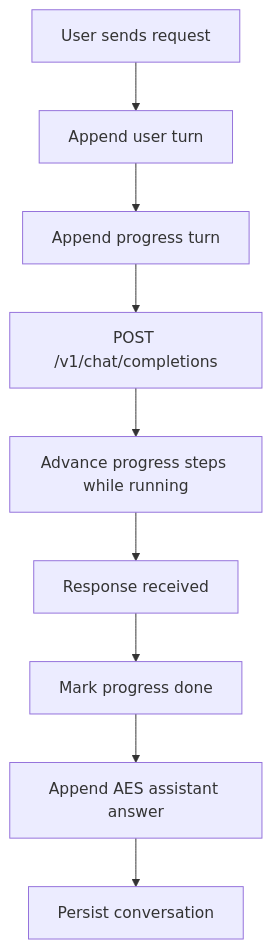
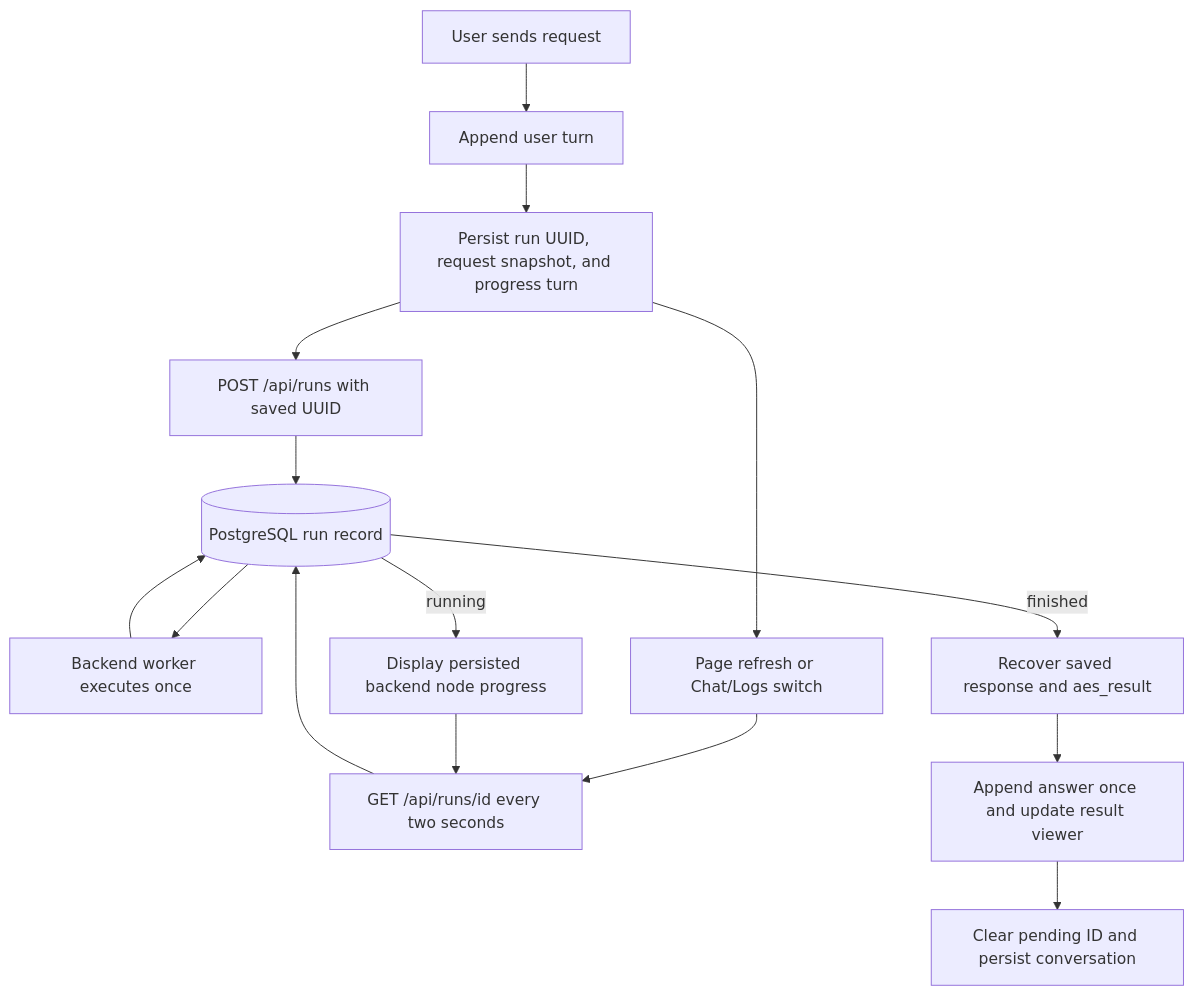
One commit to RadmirG/AES changed the fifth of 10 diagrams in web-ui/architecture.md. Above: the diagram before and after it, drawn with Mermaid. The commit also changed other lines of this file and 23 other files, not shown here.

Commit message:
New recovery flow after browser refresh

````diff
--- a/web-ui/architecture.md
+++ b/web-ui/architecture.md
@@ -148,11 +150,17 @@
 ```mermaid
 flowchart TD
     A["User sends request"] --> B["Append user turn"]
-    B --> C["Append progress turn"]
-    C --> D["POST /v1/chat/completions"]
-    D --> E["Advance progress steps while running"]
-    E --> F["Response received"]
-    F --> G["Mark progress done"]
-    G --> H["Append AES assistant answer"]
-    H --> I["Persist conversation"]
+    B --> C["Persist run UUID, request snapshot, and progress turn"]
+    C --> D["POST /api/runs with saved UUID"]
+    D --> Q[("PostgreSQL run record")]
+    Q --> W["Backend worker executes once"]
+    W --> Q
+    C --> R["Page refresh or Chat/Logs switch"]
+    R --> P["GET /api/runs/id every two seconds"]
+    P --> Q
+    Q -->|running| E["Display persisted backend node progress"]
+    E --> P
+    Q -->|finished| F["Recover saved response and aes_result"]
+    F --> H["Append answer once and update result viewer"]
+    H --> I["Clear pending ID and persist conversation"]
 ```
````
